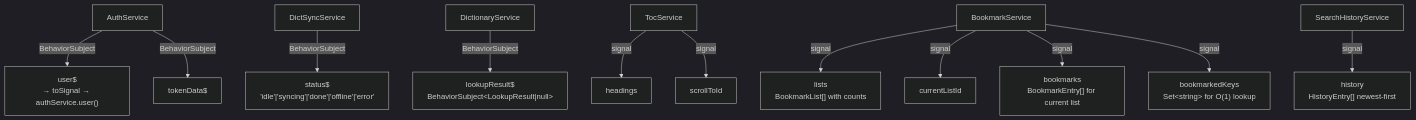
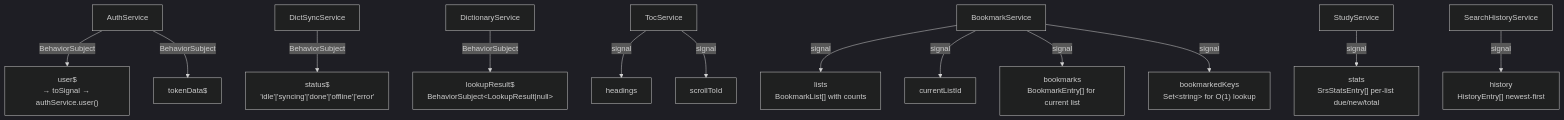
One commit to remarcmij/taalwiz-mono changed the fourth of 8 diagrams in apps/taalwiz-web/ARCHITECTURE.md. Above: the diagram before and after it, drawn with Mermaid (dark theme). The commit also changed other lines of this file and 21 other files, not shown here.

First line of the commit message:
feat: add SRS flashcard study mode for bookmarked words

````diff
--- a/apps/taalwiz-web/ARCHITECTURE.md
+++ b/apps/taalwiz-web/ARCHITECTURE.md
@@ -232,19 +242,21 @@
 ```mermaid
 graph TD
     AuthService -->|BehaviorSubject| user$["user$\n→ toSignal → authService.user()"]
     AuthService -->|BehaviorSubject| tokenData$
 
     DictSyncService -->|BehaviorSubject| status$["status$\n'idle'|'syncing'|'done'|'offline'|'error'"]
 
     DictionaryService -->|BehaviorSubject| lookupResult$["lookupResult$\nBehaviorSubject&lt;LookupResult|null&gt;"]
 
     TocService -->|signal| headings
     TocService -->|signal| scrollToId
 
     BookmarkService -->|signal| lists["lists\nBookmarkList[] with counts"]
     BookmarkService -->|signal| currentListId
     BookmarkService -->|signal| bookmarks["bookmarks\nBookmarkEntry[] for current list"]
     BookmarkService -->|signal| bookmarkedKeys["bookmarkedKeys\nSet&lt;string&gt; for O(1) lookup"]
 
+    StudyService -->|signal| stats["stats\nSrsStatsEntry[] per-list due/new/total"]
+
     SearchHistoryService -->|signal| history["history\nHistoryEntry[] newest-first"]
 ```
````
